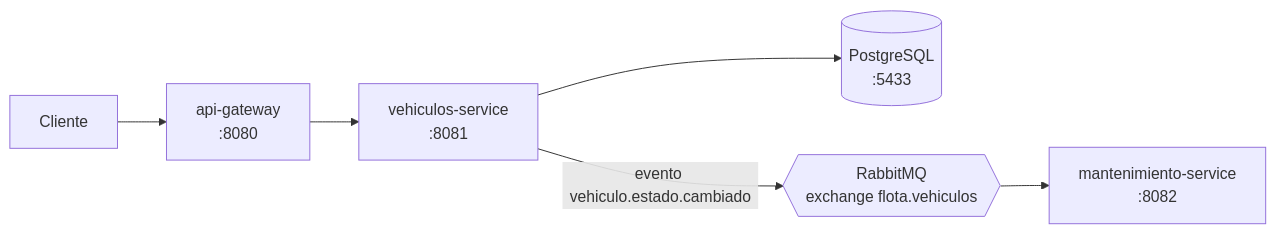
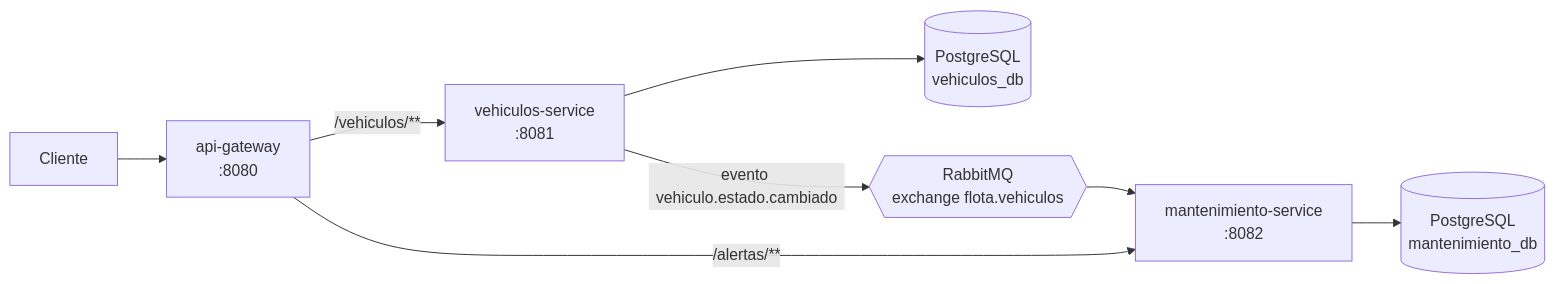
The diagram in README.md (luciaduarte12/gestion-flotas-microservicios), drawn with Mermaid before and after one commit. The commit also changed other lines of this file, not shown here.

Commit message:
Actualiza README con Docker, alertas, API y roadmap

````diff
--- a/README.md
+++ b/README.md
@@ -9,8 +9,10 @@
 ```mermaid
 flowchart LR
     C[Cliente] --> GW[api-gateway<br/>:8080]
-    GW --> V[vehiculos-service<br/>:8081]
-    V --> DB[(PostgreSQL<br/>:5433)]
+    GW -- "/vehiculos/**" --> V[vehiculos-service<br/>:8081]
+    GW -- "/alertas/**" --> M[mantenimiento-service<br/>:8082]
+    V --> DBV[(PostgreSQL<br/>vehiculos_db)]
     V -- "evento vehiculo.estado.cambiado" --> MQ{{RabbitMQ<br/>exchange flota.vehiculos}}
-    MQ --> M[mantenimiento-service<br/>:8082]
+    MQ --> M
+    M --> DBM[(PostgreSQL<br/>mantenimiento_db)]
 ```
````
